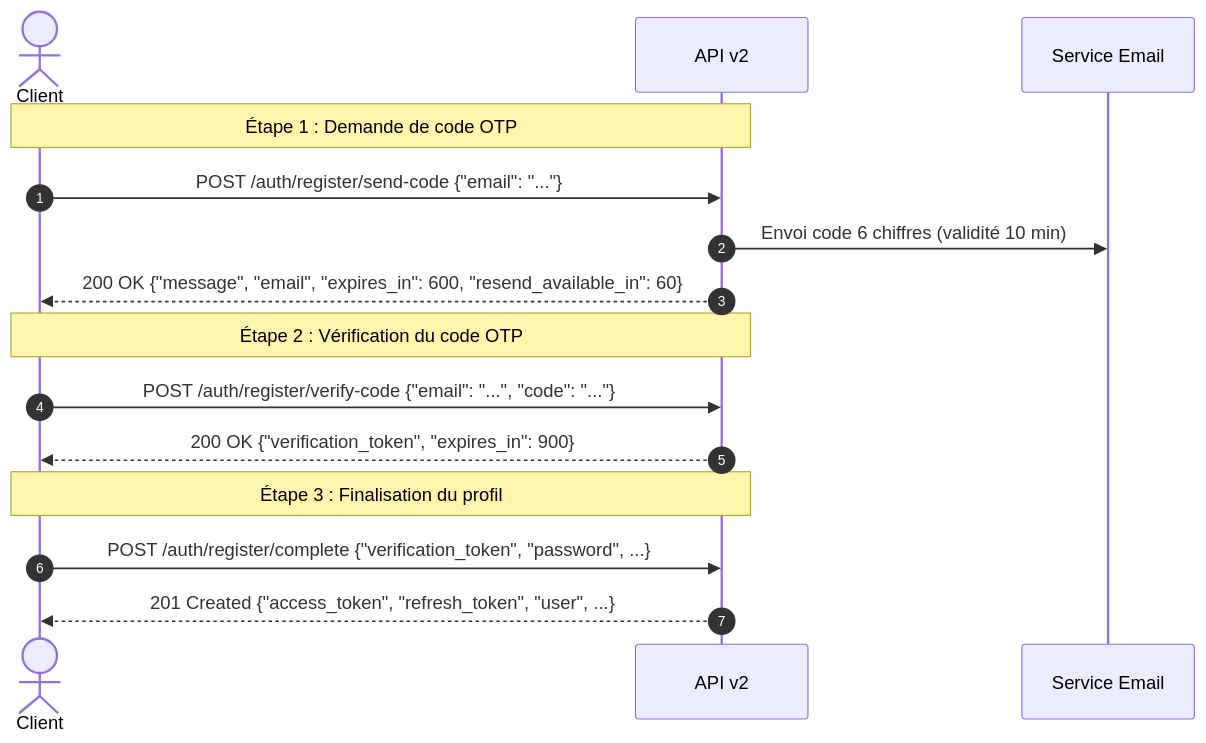
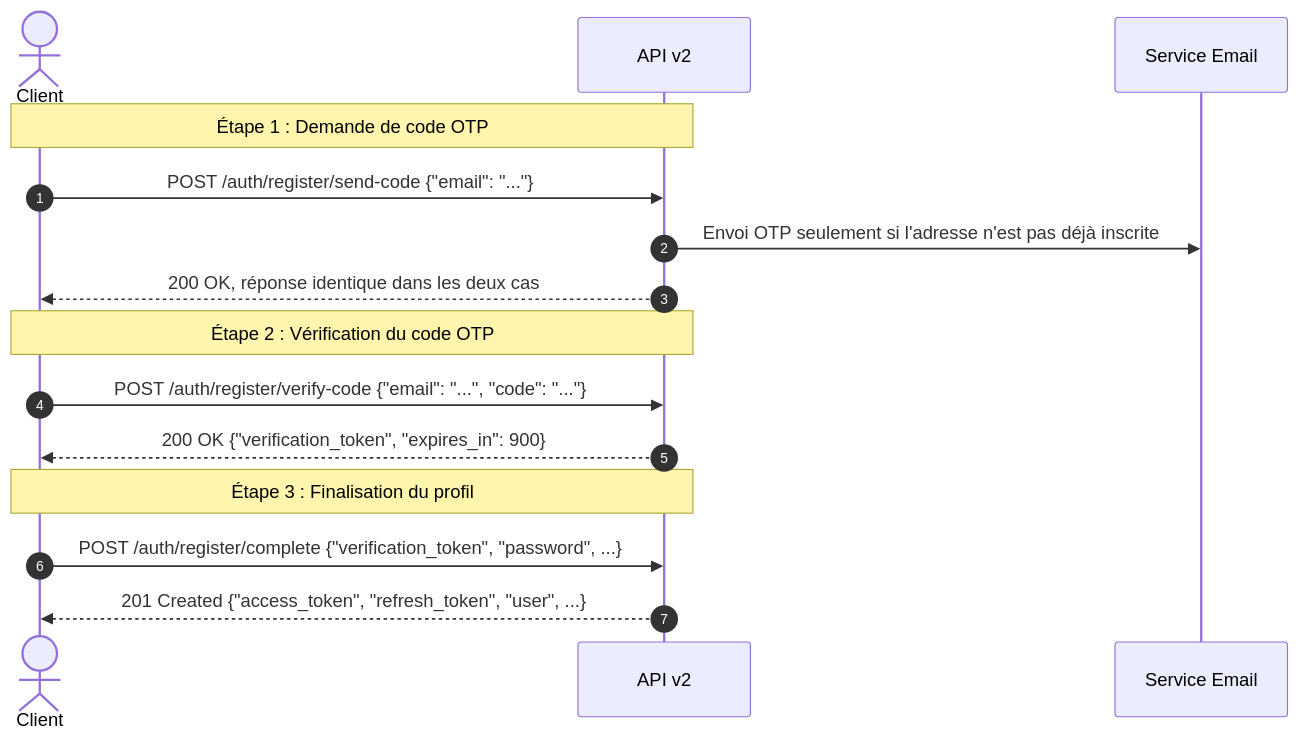
Before and after one commit to eliezerkiera/projet_laravel_13: the first of 3 diagrams in docs/api/guide_api_v2.md, drawn with Mermaid. The commit also changed other lines of this file and 1 other file, not shown here.

Commit message:
docs: align API v2 integration guide

````diff
--- a/docs/api/guide_api_v2.md
+++ b/docs/api/guide_api_v2.md
@@ -559,20 +559,20 @@
 ```mermaid
 sequenceDiagram
     autonumber
     actor Client
     participant API as API v2
     participant Mail as Service Email
 
     Note over Client,API: Étape 1 : Demande de code OTP
     Client->>API: POST /auth/register/send-code {"email": "..."}
-    API->>Mail: Envoi code 6 chiffres (validité 10 min)
-    API-->>Client: 200 OK {"message", "email", "expires_in": 600, "resend_available_in": 60}
+    API->>Mail: Envoi OTP seulement si l'adresse n'est pas déjà inscrite
+    API-->>Client: 200 OK, réponse identique dans les deux cas
 
     Note over Client,API: Étape 2 : Vérification du code OTP
     Client->>API: POST /auth/register/verify-code {"email": "...", "code": "..."}
     API-->>Client: 200 OK {"verification_token", "expires_in": 900}
 
     Note over Client,API: Étape 3 : Finalisation du profil
     Client->>API: POST /auth/register/complete {"verification_token", "password", ...}
     API-->>Client: 201 Created {"access_token", "refresh_token", "user", ...}
 ```
````
